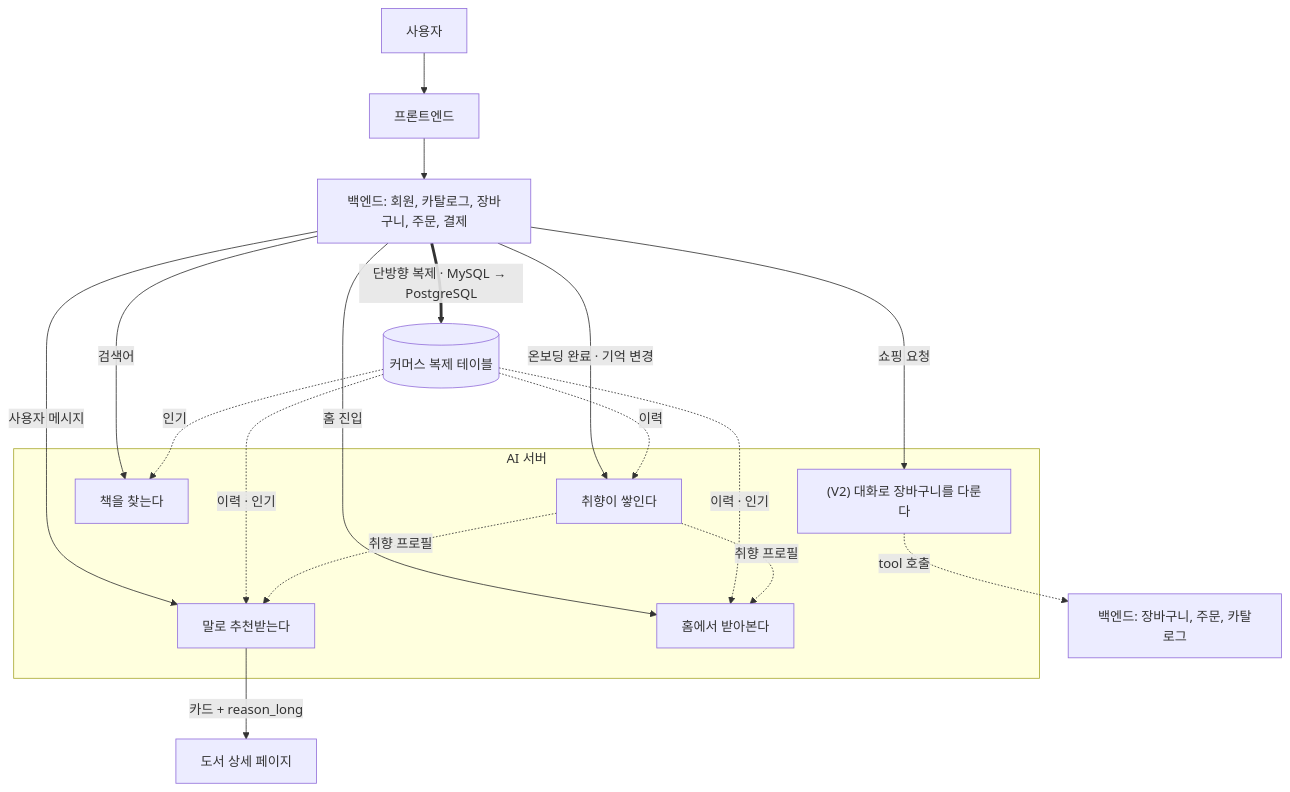
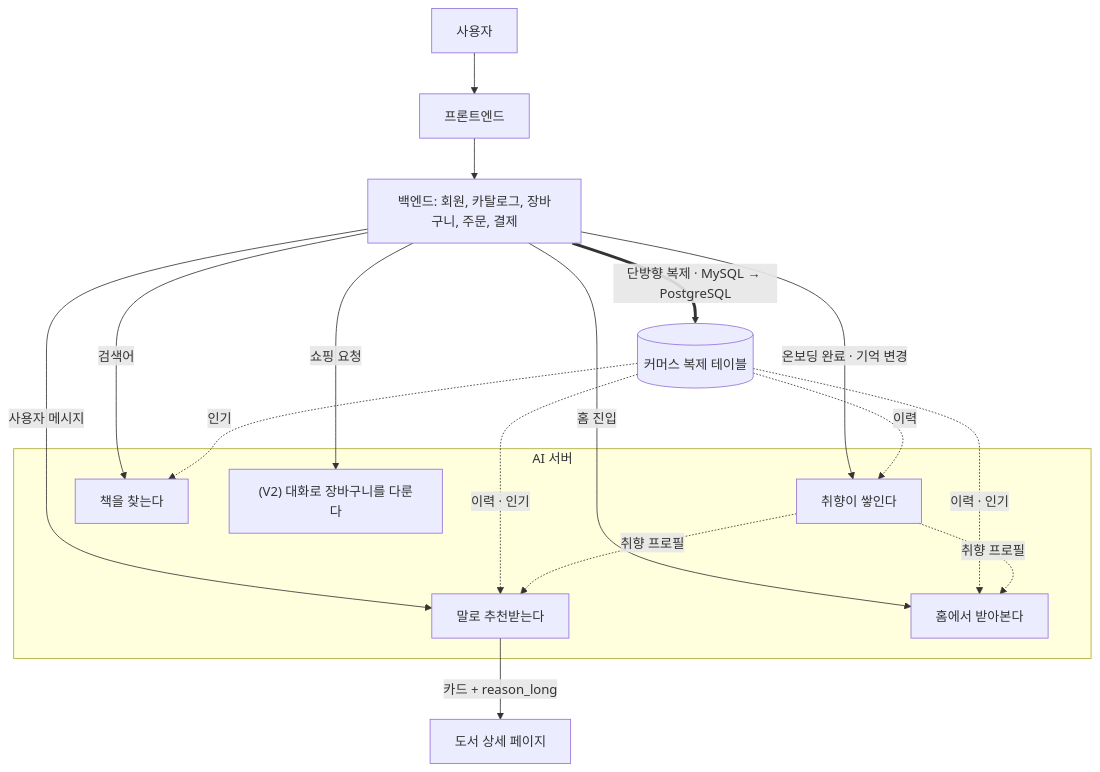
Before and after one commit to 100-hours-a-week/KTB4-13th-wiki: the diagram in docs/ai/1-model-api/spec.md, drawn with Mermaid. The commit also changed other lines of this file and 1 other file, not shown here.

````diff
--- a/docs/ai/1-model-api/spec.md
+++ b/docs/ai/1-model-api/spec.md
@@ -1414,26 +1472,25 @@
 ```mermaid
 flowchart TB
     U[사용자] --> FE[프론트엔드]
     FE --> BE[백엔드: 회원, 카탈로그, 장바구니, 주문, 결제]
     subgraph AI[AI 서버]
         F5[취향이 쌓인다]
         F1[책을 찾는다]
         F2[말로 추천받는다]
         F3[홈에서 받아본다]
         AG["(V2) 대화로 장바구니를 다룬다"]
     end
     BE -->|온보딩 완료 · 기억 변경| F5
     BE -->|검색어| F1
     BE -->|사용자 메시지| F2
     BE -->|홈 진입| F3
     BE -->|쇼핑 요청| AG
     BE ==>|"단방향 복제 · MySQL → PostgreSQL"| V[(커머스 복제 테이블)]
     V -. 인기 .-> F1
     V -. 이력 · 인기 .-> F2
     V -. 이력 · 인기 .-> F3
     V -. 이력 .-> F5
     F5 -. 취향 프로필 .-> F2
     F5 -. 취향 프로필 .-> F3
     F2 -->|카드 + reason_long| DET[도서 상세 페이지]
-    AG -. tool 호출 .-> COM[백엔드: 장바구니, 주문, 카탈로그]
 ```
````
